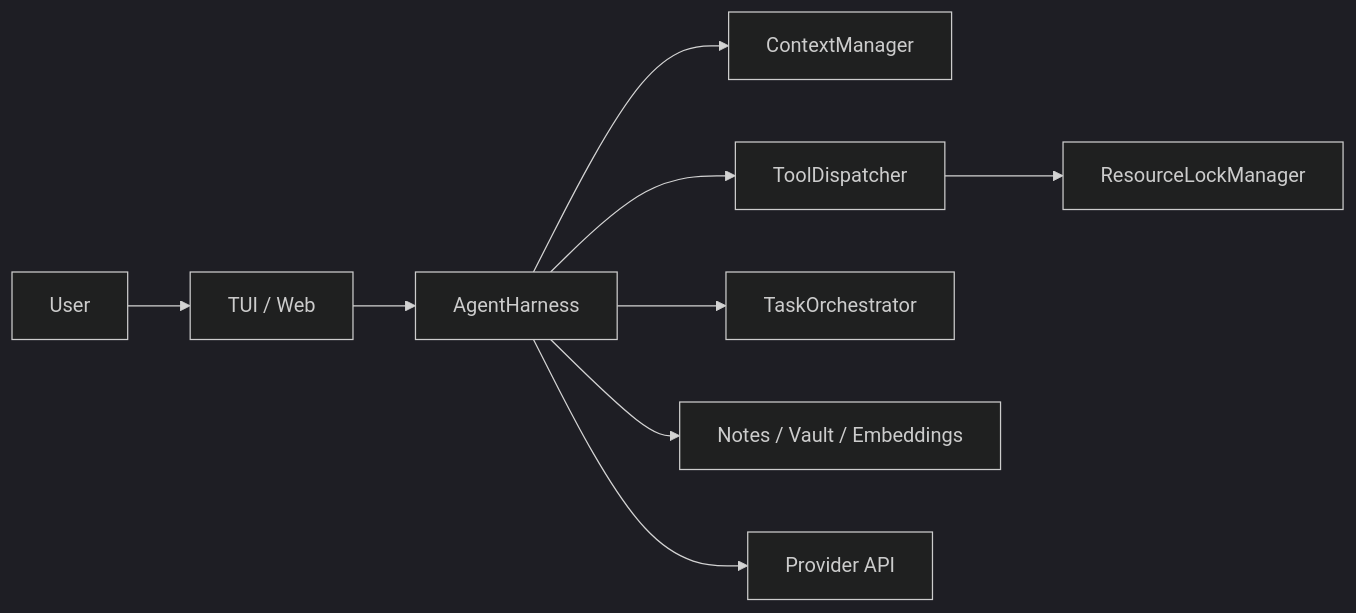
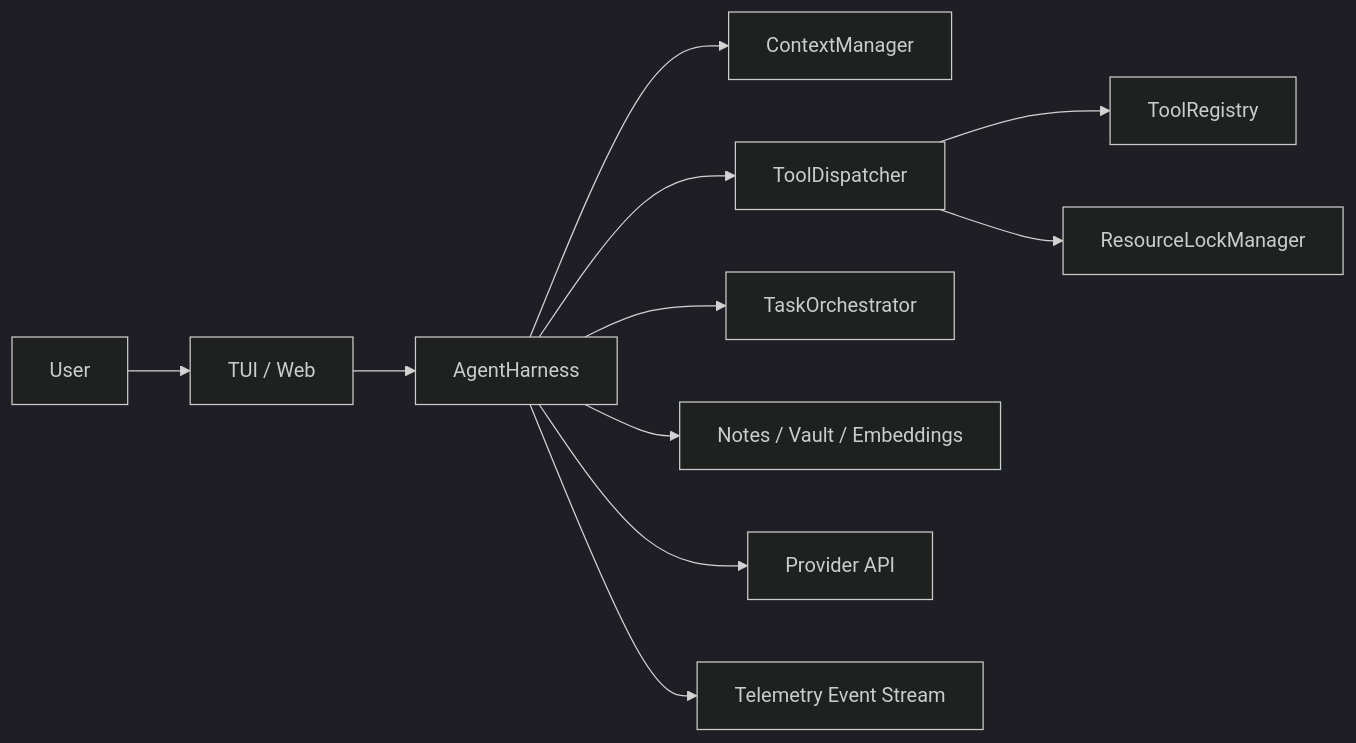
The first of 2 diagrams in README.md (traidy2222/liminal-ai), drawn with Mermaid (dark theme) before and after one commit. The commit also changed other lines of this file, not shown here.

````diff
--- a/README.md
+++ b/README.md
@@ -27,11 +109,13 @@
 ```mermaid
 flowchart LR
   User --> UI[TUI / Web]
   UI --> Harness[AgentHarness]
   Harness --> Context[ContextManager]
   Harness --> Dispatcher[ToolDispatcher]
+  Dispatcher --> Registry[ToolRegistry]
   Dispatcher --> Locks[ResourceLockManager]
   Harness --> Orchestrator[TaskOrchestrator]
   Harness --> Memory[Notes / Vault / Embeddings]
   Harness --> LLM[Provider API]
+  Harness --> Events[Telemetry Event Stream]
 ```
````
